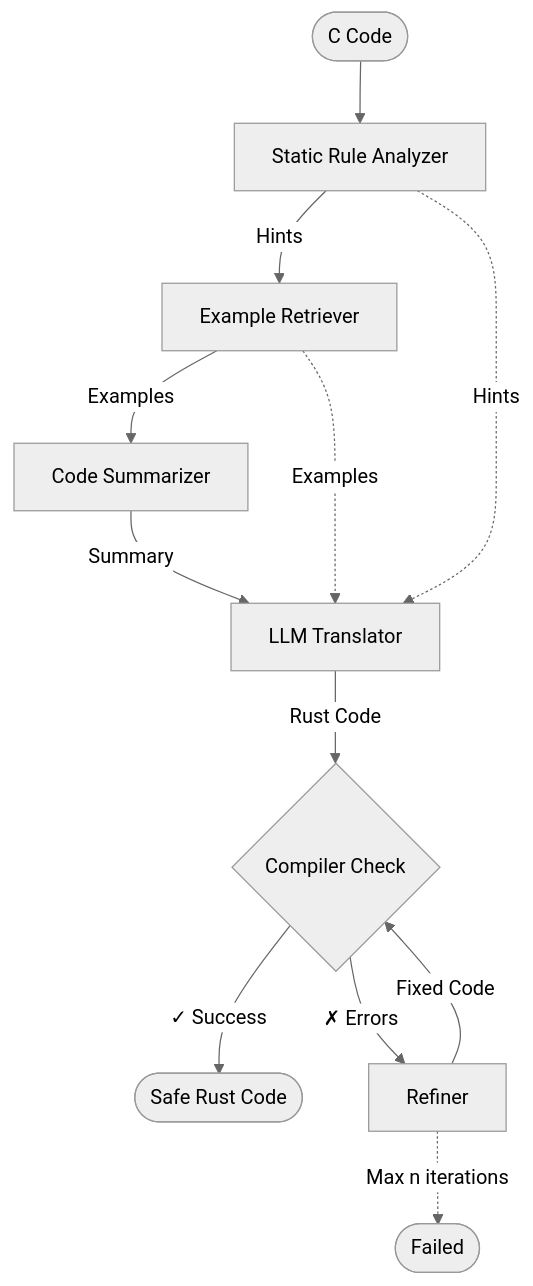
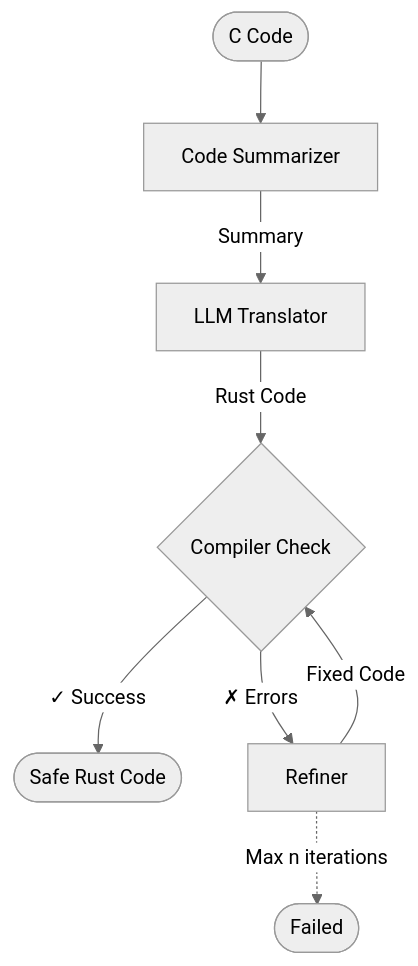
The diagram in README.md (athalang/defacc), drawn with Mermaid (neutral theme) before and after one commit. The commit also changed other lines of this file and 15 other files, not shown here.

````diff
--- a/README.md
+++ b/README.md
@@ -80,14 +80,10 @@
 ```mermaid
 graph TD
-    Start([C Code]) --> Analyzer[Static Rule Analyzer]
-    Analyzer -->|Hints| Retriever[Example Retriever]
-    Retriever -->|Examples| Summarizer[Code Summarizer]
+    Start([C Code]) --> Summarizer[Code Summarizer]
     Summarizer -->|Summary| Translator[LLM Translator]
-    Analyzer -.->|Hints| Translator
-    Retriever -.->|Examples| Translator
     Translator -->|Rust Code| Compiler{Compiler Check}
     Compiler -->|✓ Success| Done([Safe Rust Code])
     Compiler -->|✗ Errors| Refiner[Refiner]
     Refiner -->|Fixed Code| Compiler
     Refiner -.->|Max n iterations| Failed([Failed])
 ```
````
